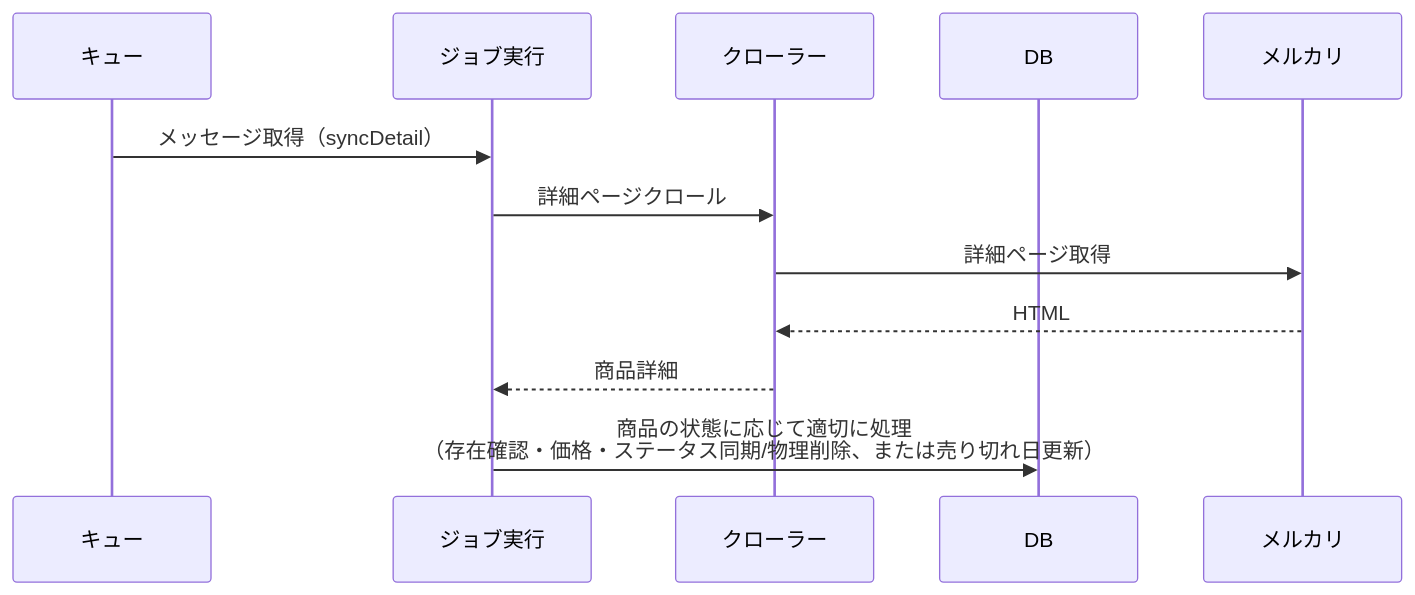
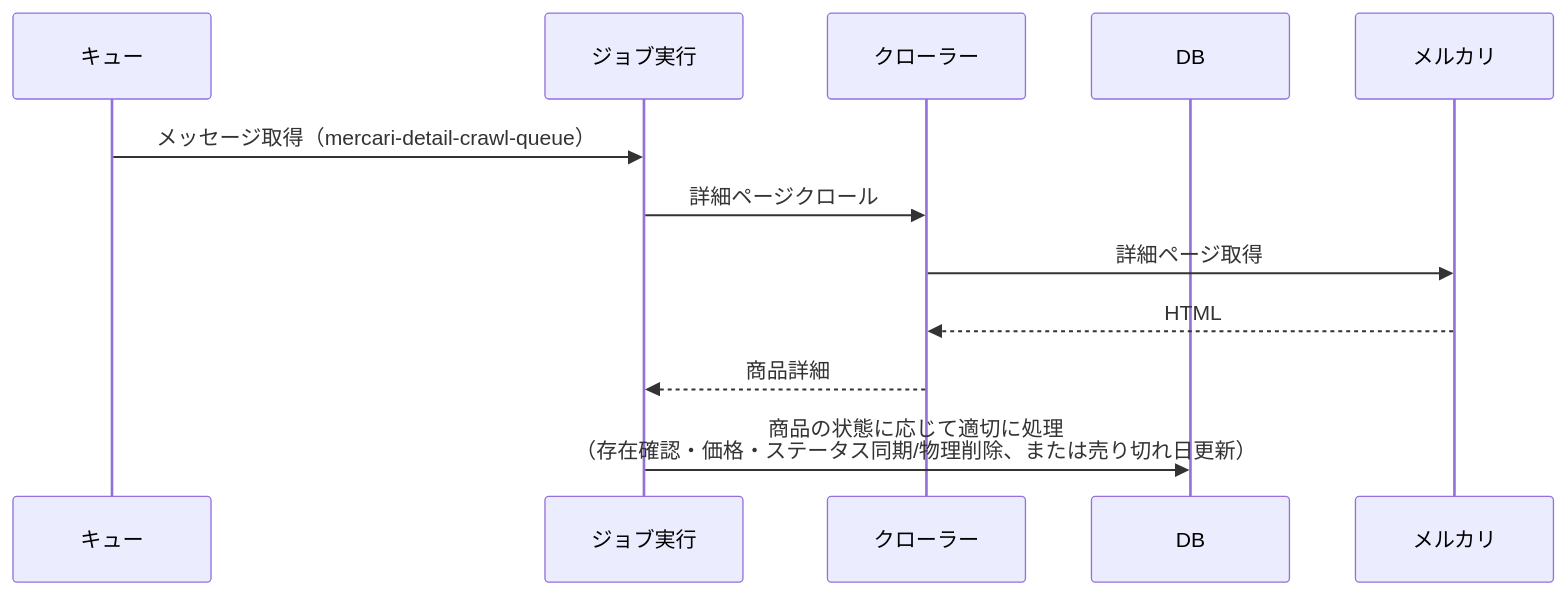
The fourth of 4 diagrams in docs/plan/REQ-0001_scraping-implementation/detailed-design.md (kuroweb/crawlflare), drawn with Mermaid before and after one commit. The commit also changed other lines of this file, not shown here.

````diff
--- a/docs/plan/REQ-0001_scraping-implementation/detailed-design.md
+++ b/docs/plan/REQ-0001_scraping-implementation/detailed-design.md
@@ -181,15 +181,15 @@
 ```mermaid
 sequenceDiagram
   participant Queue as キュー
   participant Job as ジョブ実行
   participant Crawler as クローラー
   participant DB as DB
   participant Mercari as メルカリ
 
-  Queue->>Job: メッセージ取得（syncDetail）
+  Queue->>Job: メッセージ取得（mercari-detail-crawl-queue）
   Job->>Crawler: 詳細ページクロール
   Crawler->>Mercari: 詳細ページ取得
   Mercari-->>Crawler: HTML
   Crawler-->>Job: 商品詳細
   Job->>DB: 商品の状態に応じて適切に処理<br>（存在確認・価格・ステータス同期/物理削除、または売り切れ日更新）
 ```
````
